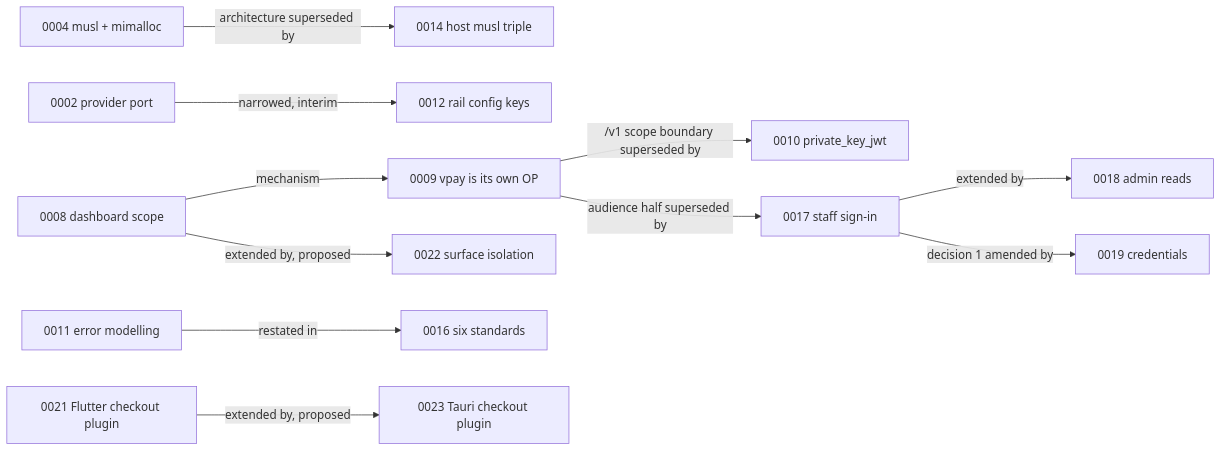
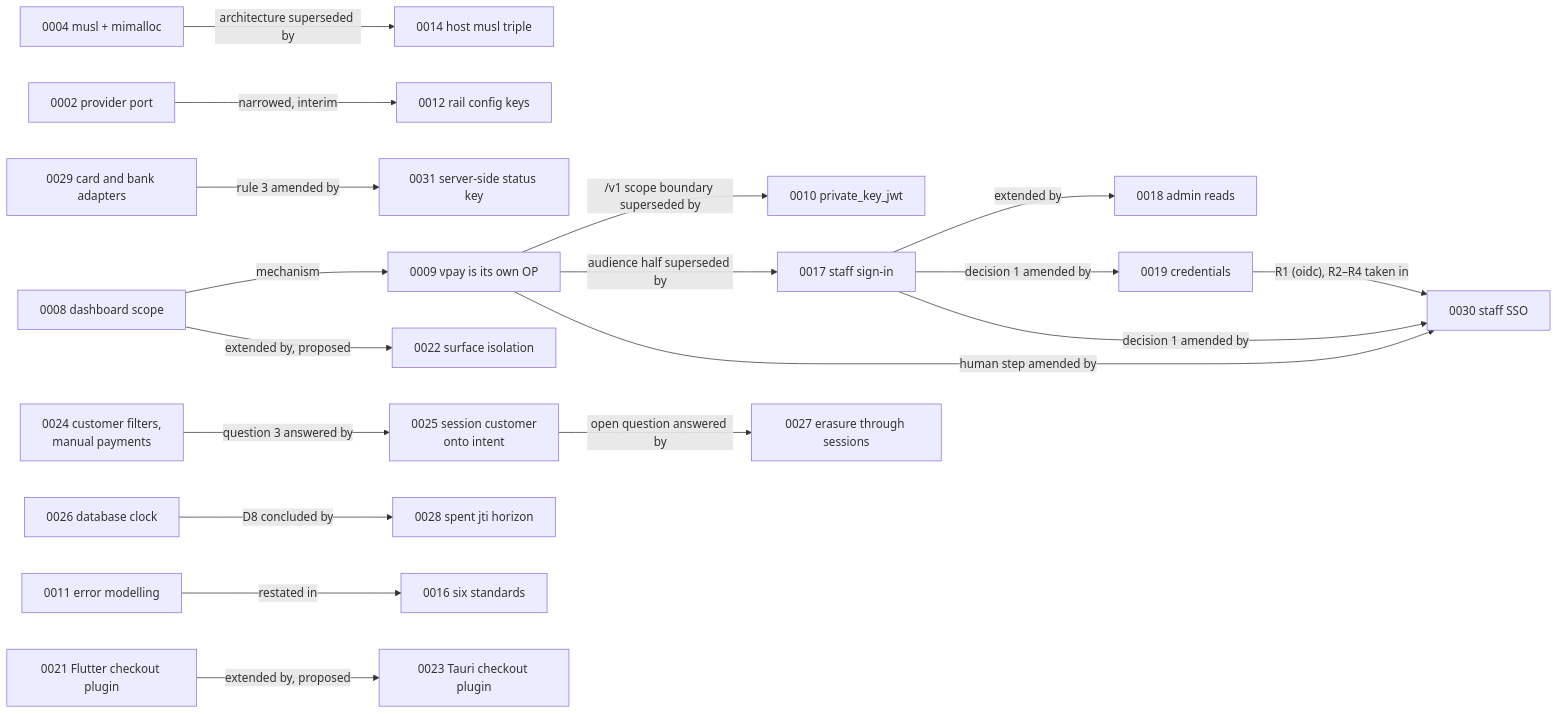
Before and after one commit to vaam-apps/vpay-docs: the second of 2 diagrams in docs/guide/decisions.md, drawn with Mermaid. The commit also changed other lines of this file and 36 other files, not shown here.

````diff
--- a/docs/guide/decisions.md
+++ b/docs/guide/decisions.md
@@ -72,13 +83,20 @@
 ```mermaid
 flowchart LR
     A4["0004 musl + mimalloc"] -->|"architecture superseded by"| A14["0014 host musl triple"]
     A8["0008 dashboard scope"] -->|"mechanism"| A9["0009 vpay is its own OP"]
     A9 -->|"/v1 scope boundary superseded by"| A10["0010 private_key_jwt"]
     A9 -->|"audience half superseded by"| A17["0017 staff sign-in"]
     A17 -->|"extended by"| A18["0018 admin reads"]
     A17 -->|"decision 1 amended by"| A19["0019 credentials"]
+    A9 -->|"human step amended by"| A30["0030 staff SSO"]
+    A17 -->|"decision 1 amended by"| A30
+    A19 -->|"R1 (oidc), R2–R4 taken in"| A30
     A2["0002 provider port"] -->|"narrowed, interim"| A12["0012 rail config keys"]
+    A29["0029 card and bank adapters"] -->|"rule 3 amended by"| A31["0031 server-side status key"]
+    A24["0024 customer filters,<br/>manual payments"] -->|"question 3 answered by"| A25["0025 session customer<br/>onto intent"]
+    A25 -->|"open question answered by"| A27["0027 erasure through sessions"]
+    A26["0026 database clock"] -->|"D8 concluded by"| A28["0028 spent jti horizon"]
     A11["0011 error modelling"] -->|"restated in"| A16["0016 six standards"]
     A8 -->|"extended by, proposed"| A22["0022 surface isolation"]
     A21["0021 Flutter checkout plugin"] -->|"extended by, proposed"| A23["0023 Tauri checkout plugin"]
 ```
````
